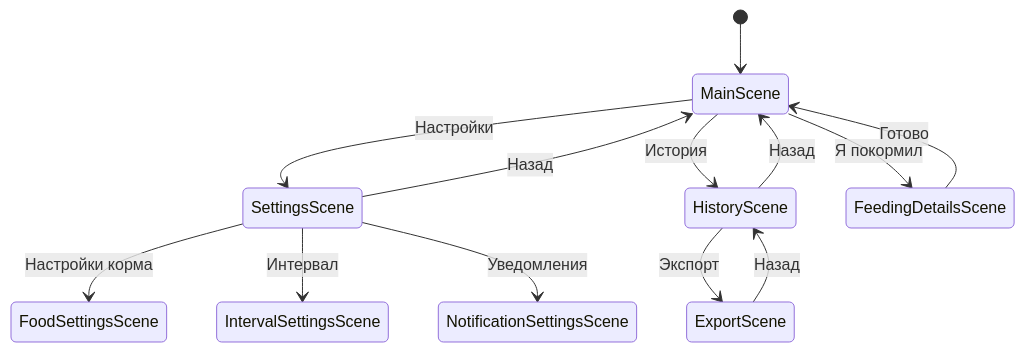
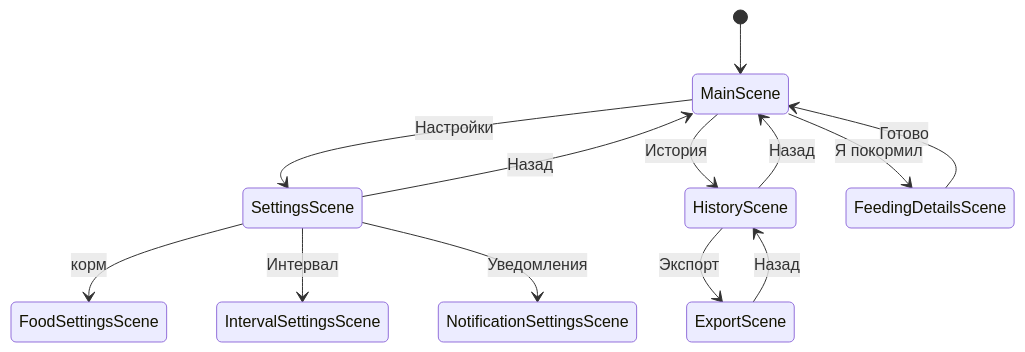
One commit to makishvili/the-dog-feed changed the third of 3 diagrams in docs/architecture.md. Above: the diagram before and after it, drawn with Mermaid. The commit also changed 15 other files, not shown here.

````diff
--- a/docs/architecture.md
+++ b/docs/architecture.md
@@ -168,18 +168,18 @@
 ```mermaid
 stateDiagram-v2
     [*] --> MainScene
     MainScene --> SettingsScene: Настройки
     MainScene --> HistoryScene: История
     MainScene --> FeedingDetailsScene: Я покормил
     
-    SettingsScene --> FoodSettingsScene: Настройки корма
+    SettingsScene --> FoodSettingsScene: корм
     SettingsScene --> IntervalSettingsScene: Интервал
     SettingsScene --> NotificationSettingsScene: Уведомления
     
     HistoryScene --> ExportScene: Экспорт
     
     FeedingDetailsScene --> MainScene: Готово
     SettingsScene --> MainScene: Назад
     HistoryScene --> MainScene: Назад
     ExportScene --> HistoryScene: Назад
 ```
````
